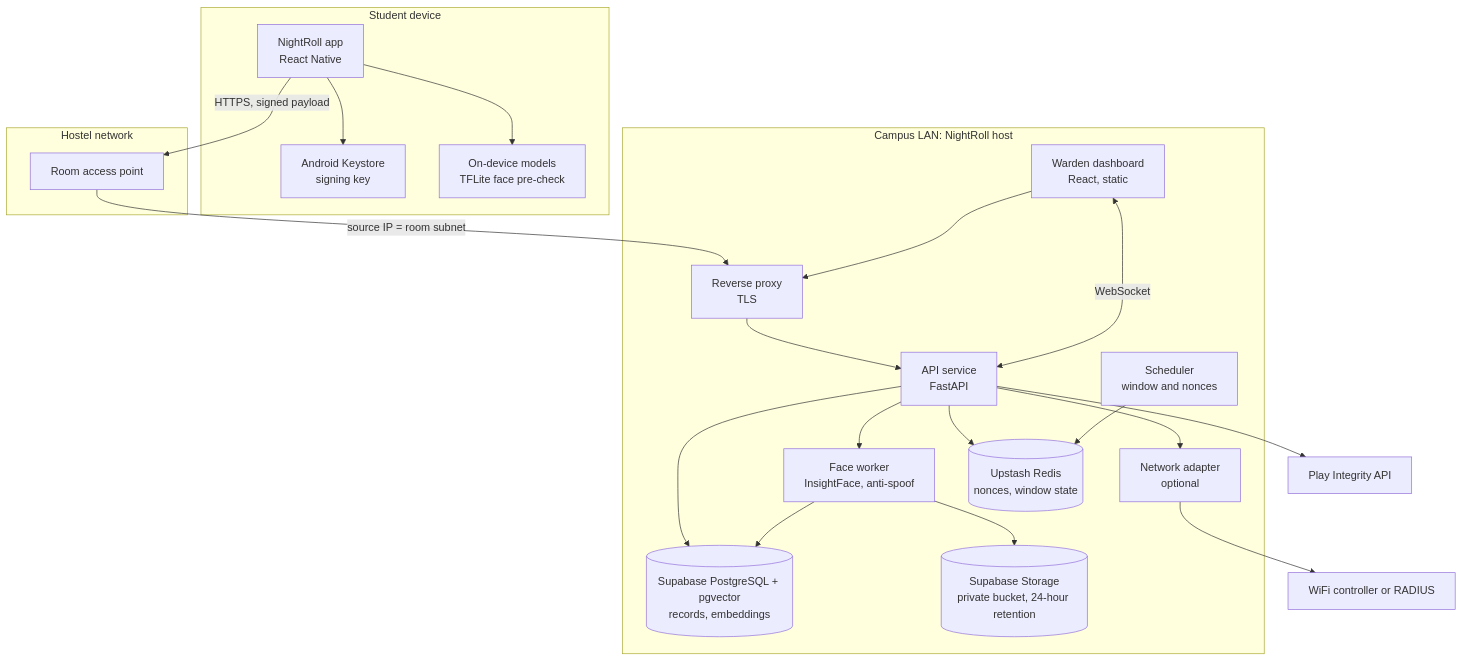
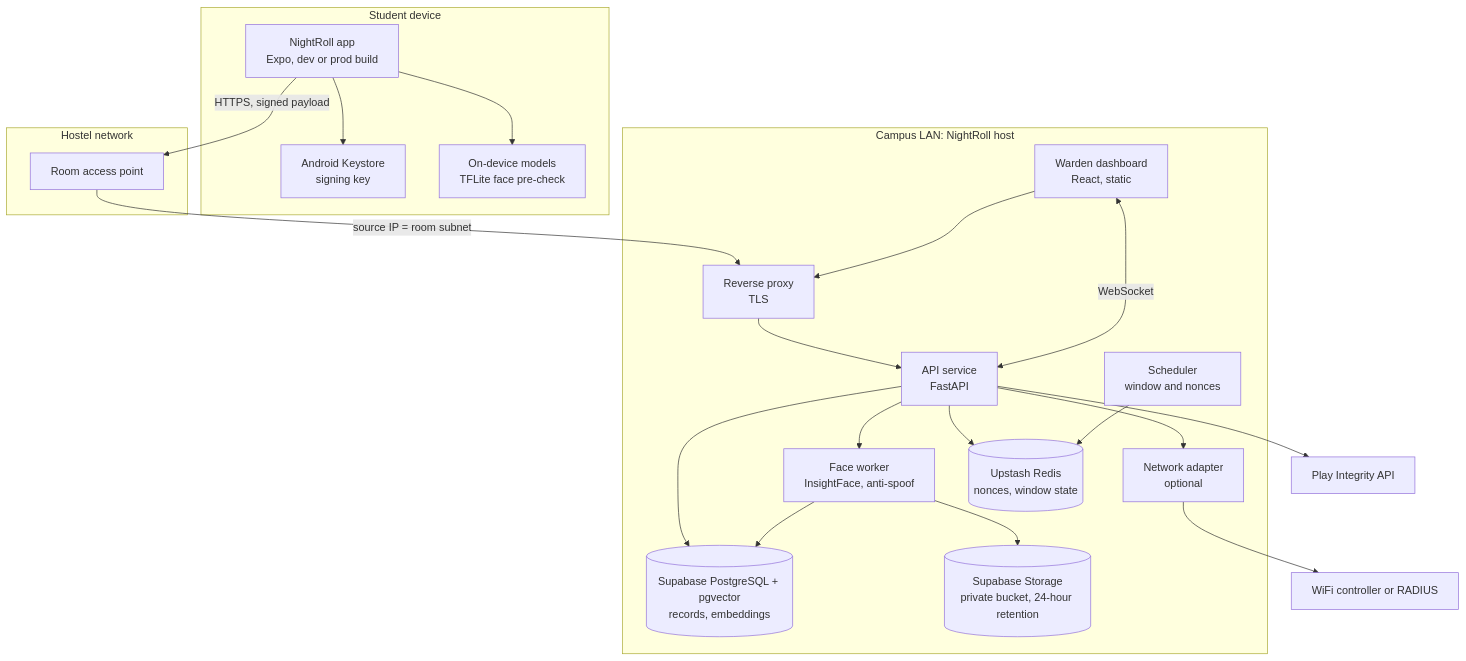
The second of 10 diagrams in docs/architecture.md (Rahul-8283/NightRoll), drawn with Mermaid before and after one commit. The commit also changed other lines of this file and 9 other files, not shown here.

Commit message:
docs: plan the app as Expo with development builds

````diff
--- a/docs/architecture.md
+++ b/docs/architecture.md
@@ -74,44 +74,44 @@
 ```mermaid
 flowchart TB
     subgraph Device["Student device"]
-        App["NightRoll app<br/>React Native"]
+        App["NightRoll app<br/>Expo, dev or prod build"]
         Keystore["Android Keystore<br/>signing key"]
         Models["On-device models<br/>TFLite face pre-check"]
         App --> Keystore
         App --> Models
     end
 
     subgraph Network["Hostel network"]
         AP["Room access point"]
     end
 
     subgraph Campus["Campus LAN: NightRoll host"]
         Proxy["Reverse proxy<br/>TLS"]
         API["API service<br/>FastAPI"]
         Sched["Scheduler<br/>window and nonces"]
         Face["Face worker<br/>InsightFace, anti-spoof"]
         Adapter["Network adapter<br/>optional"]
         Redis[("Upstash Redis<br/>nonces, window state")]
         PG[("Supabase PostgreSQL + pgvector<br/>records, embeddings")]
         Frames[("Supabase Storage<br/>private bucket, 24-hour retention")]
         Dash["Warden dashboard<br/>React, static"]
     end
 
     Ext2["Play Integrity API"]
     Ext3["WiFi controller or RADIUS"]
 
     App -- "HTTPS, signed payload" --> AP
     AP -- "source IP = room subnet" --> Proxy
     Proxy --> API
     API --> Redis
     API --> PG
     API --> Face
     Face --> PG
     Face --> Frames
     Sched --> Redis
     API --> Ext2
     Adapter --> Ext3
     API --> Adapter
     Dash <-- "WebSocket" --> API
     Dash --> Proxy
 ```
````
